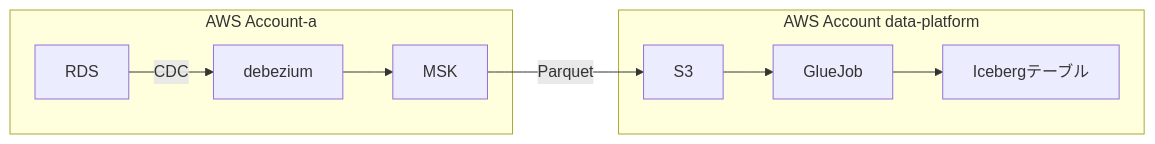
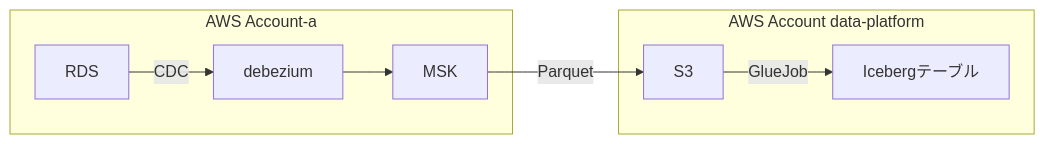
Before and after one commit to kenzo0107/kenzo0107.github.io: the fourth of 6 diagrams in _blog/source/_posts/2024-12-19-rds-replicate-to-glue-iceberg-table.md, drawn with Mermaid. The commit also changed 76 other files, not shown here.

````diff
--- a/_blog/source/_posts/2024-12-19-rds-replicate-to-glue-iceberg-table.md
+++ b/_blog/source/_posts/2024-12-19-rds-replicate-to-glue-iceberg-table.md
@@ -119,14 +119,14 @@
 ```mermaid
 graph LR
 
 subgraph AWS Account-a
   RDS--CDC-->debezium
   debezium-->MSK
 end
 
 MSK--Parquet-->S3
 
 subgraph AWS Account data-platform
-  S3-->GlueJob-->Icebergテーブル
+  S3--GlueJob-->Icebergテーブル
 end
 ```
````
